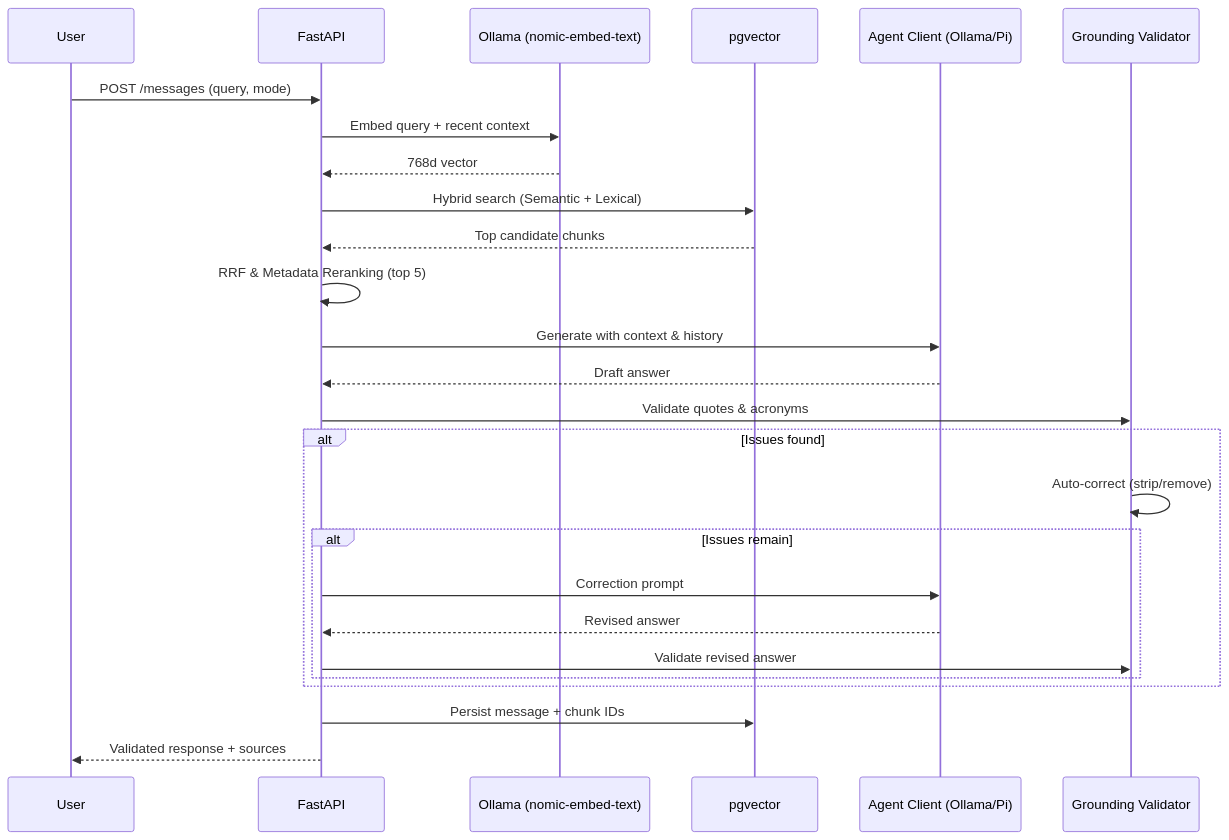
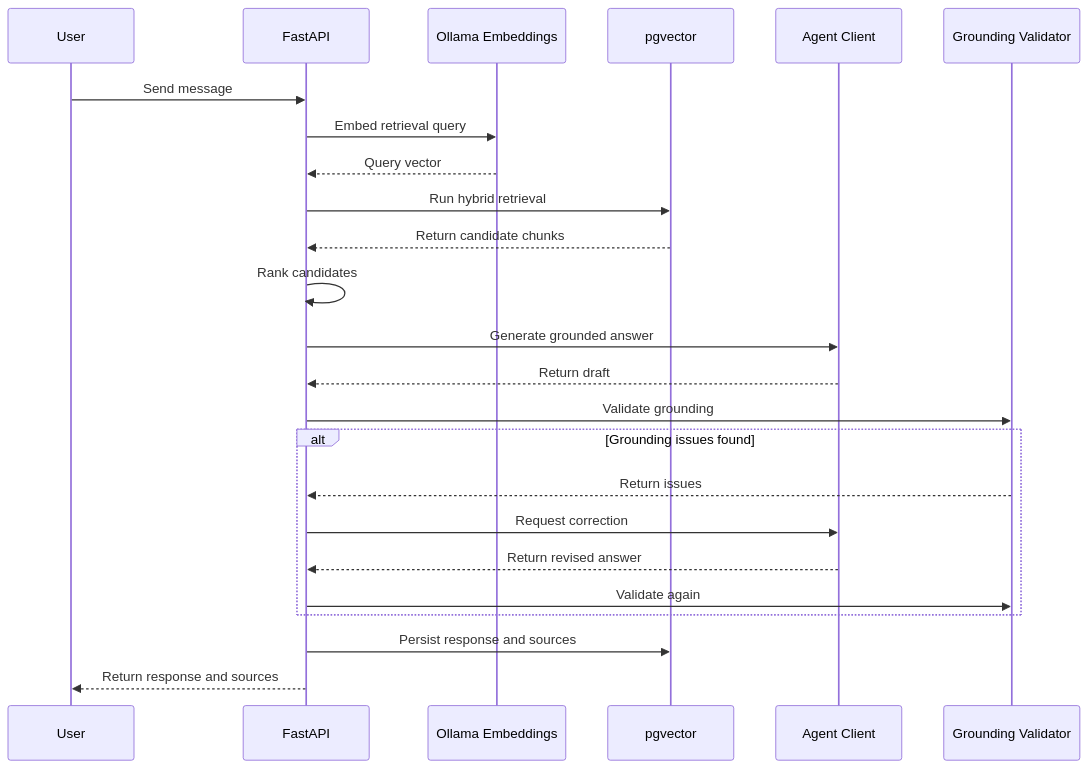
Before and after one commit to Sms1818/lenny-growth-assistant: the second of 2 diagrams in architecture.md, drawn with Mermaid. The commit also changed other lines of this file, not shown here.

Commit message:
Fix GitHub Mermaid diagrams

````diff
--- a/architecture.md
+++ b/architecture.md
@@ -49,29 +36,27 @@
 ```mermaid
 sequenceDiagram
     participant User
     participant API as FastAPI
-    participant Embed as Ollama (nomic-embed-text)
+    participant Embed as Ollama Embeddings
     participant DB as pgvector
-    participant LLM as Agent Client (Ollama/Pi)
-    participant Grounding as Grounding Validator
+    participant LLM as Agent Client
+    participant Validator as Grounding Validator
 
-    User->>API: POST /messages (query, mode)
-    API->>Embed: Embed query + recent context
-    Embed-->>API: 768d vector
-    API->>DB: Hybrid search (Semantic + Lexical)
-    DB-->>API: Top candidate chunks
-    API->>API: RRF & Metadata Reranking (top 5)
-    API->>LLM: Generate with context & history
-    LLM-->>API: Draft answer
-    API->>Grounding: Validate quotes & acronyms
-    alt Issues found
-        Grounding->>Grounding: Auto-correct (strip/remove)
-        alt Issues remain
-            API->>LLM: Correction prompt
-            LLM-->>API: Revised answer
-            API->>Grounding: Validate revised answer
-        end
+    User->>API: Send message
+    API->>Embed: Embed retrieval query
+    Embed-->>API: Query vector
+    API->>DB: Run hybrid retrieval
+    DB-->>API: Return candidate chunks
+    API->>API: Rank candidates
+    API->>LLM: Generate grounded answer
+    LLM-->>API: Return draft
+    API->>Validator: Validate grounding
+    alt Grounding issues found
+        Validator-->>API: Return issues
+        API->>LLM: Request correction
+        LLM-->>API: Return revised answer
+        API->>Validator: Validate again
     end
-    API->>DB: Persist message + chunk IDs
-    API-->>User: Validated response + sources
+    API->>DB: Persist response and sources
+    API-->>User: Return response and sources
 ```
````
